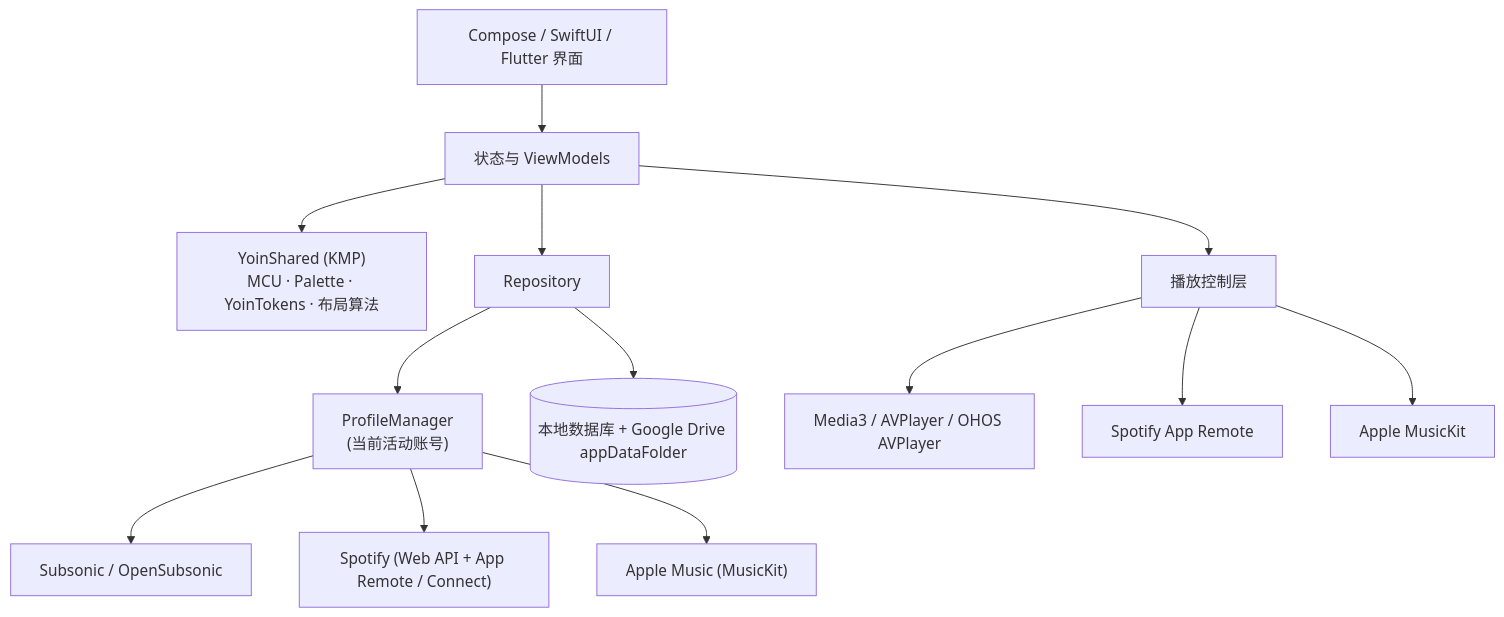
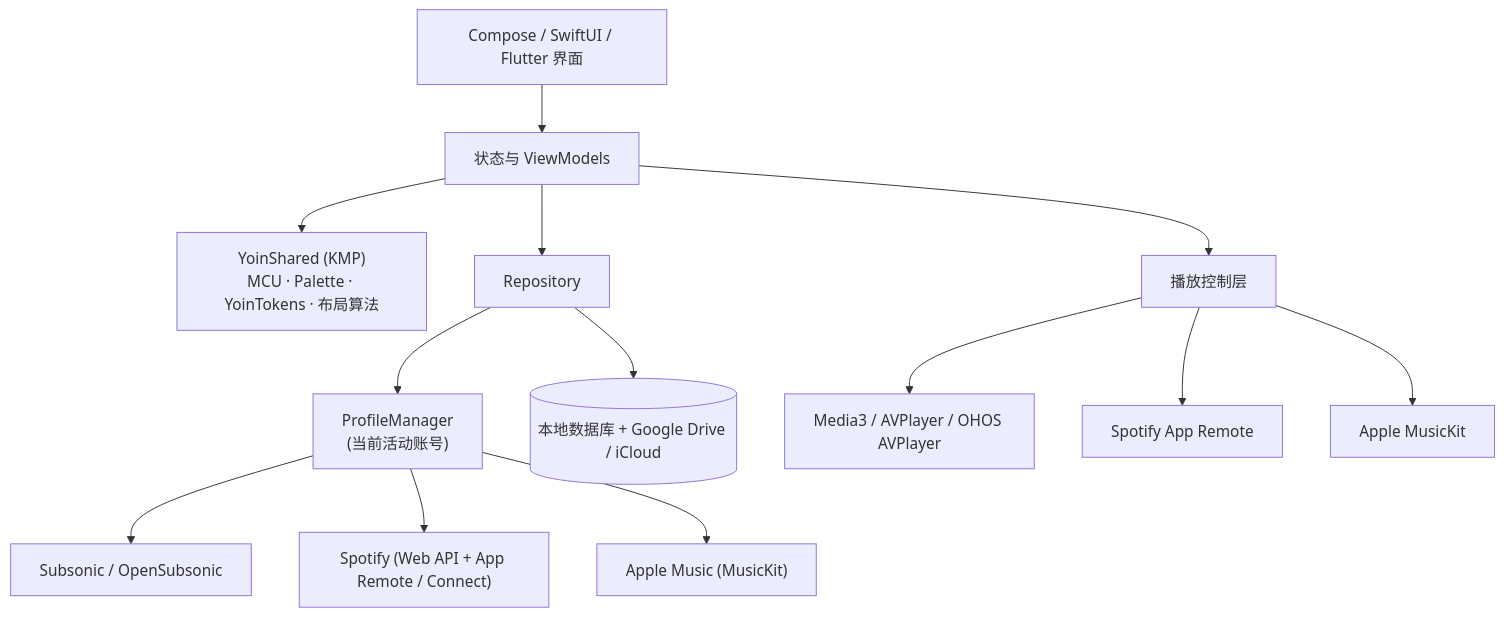
The diagram in README.zh-CN.md (p2o51/Yoin), drawn with Mermaid before and after one commit. The commit also changed other lines of this file and 5 other files, not shown here.

````diff
--- a/README.zh-CN.md
+++ b/README.zh-CN.md
@@ -89,15 +89,15 @@
 ```mermaid
 flowchart TD
     UI["Compose / SwiftUI / Flutter 界面"] --> VM["状态与 ViewModels"]
     VM --> Shared["YoinShared (KMP)<br/>MCU · Palette · YoinTokens · 布局算法"]
     VM --> Repo["Repository"]
     Repo --> PM["ProfileManager<br/>(当前活动账号)"]
     PM --> Sub["Subsonic / OpenSubsonic"]
     PM --> Spo["Spotify (Web API + App Remote / Connect)"]
     PM --> App["Apple Music (MusicKit)"]
-    Repo --> Local[("本地数据库 + Google Drive appDataFolder")]
+    Repo --> Local[("本地数据库 + Google Drive / iCloud")]
     VM --> Play["播放控制层"]
     Play --> Stream["Media3 / AVPlayer / OHOS AVPlayer"]
     Play --> Remote["Spotify App Remote"]
     Play --> MusicKit["Apple MusicKit"]
 ```
````
